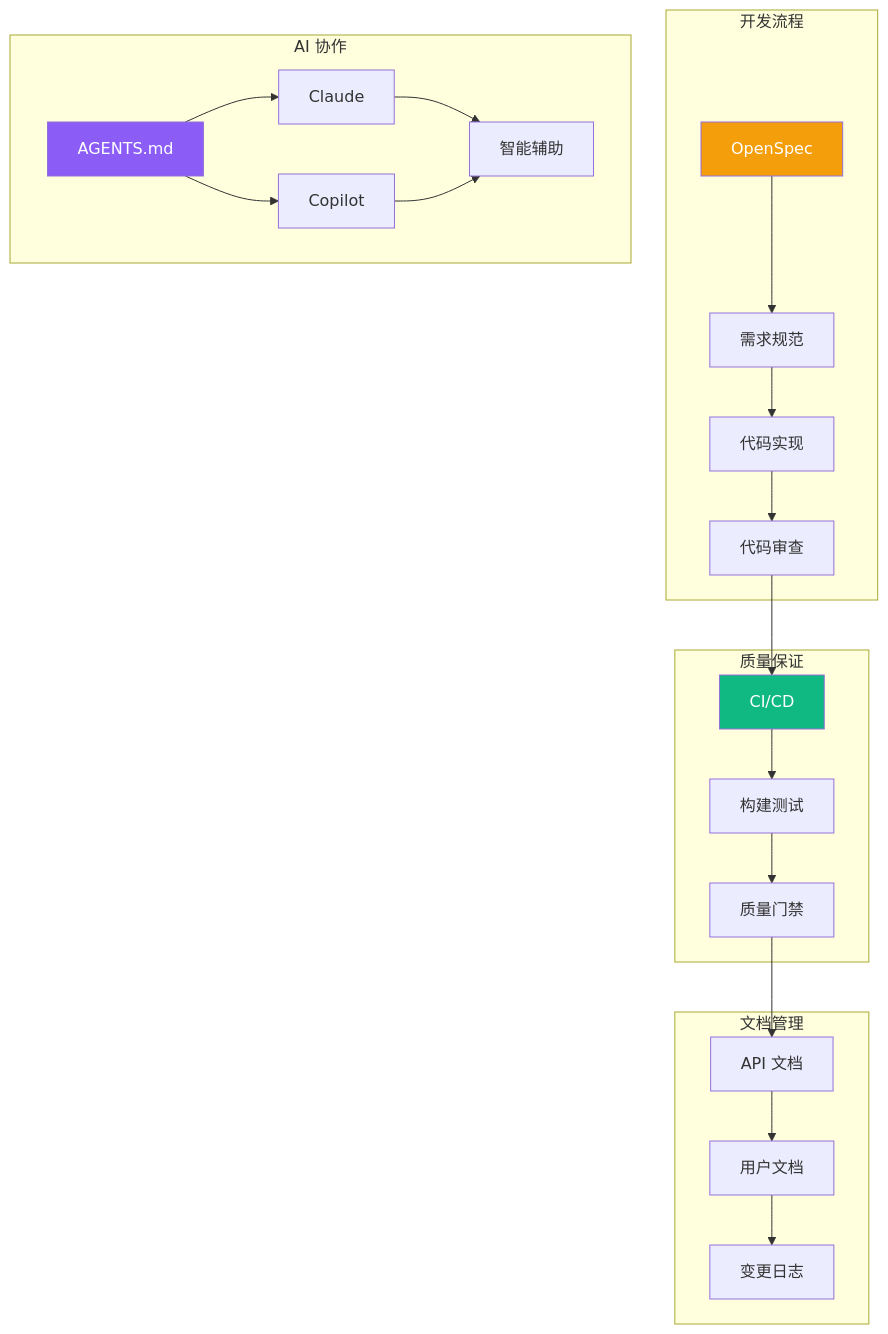
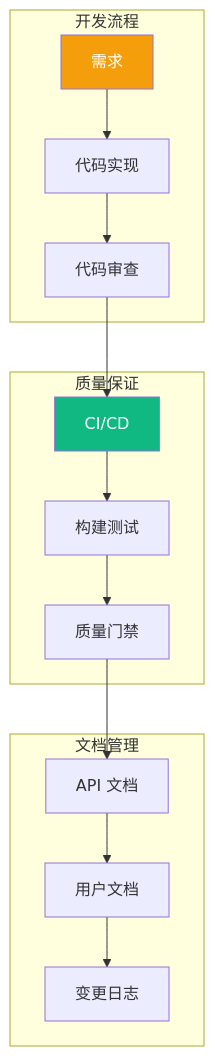
Before and after one commit to build-workbench/utop: the first of 2 diagrams in docs/engineering/index.md, drawn with Mermaid. The commit also changed other lines of this file and 185 other files, not shown here.

````diff
--- a/docs/engineering/index.md
+++ b/docs/engineering/index.md
@@ -7,31 +7,22 @@
 ```mermaid
 graph TB
     subgraph "开发流程"
-        A[OpenSpec] --> B[需求规范]
-        B --> C[代码实现]
-        C --> D[代码审查]
+        A[需求] --> B[代码实现]
+        B --> C[代码审查]
     end
     
     subgraph "质量保证"
-        D --> E[CI/CD]
-        E --> F[构建测试]
-        F --> G[质量门禁]
+        C --> D[CI/CD]
+        D --> E[构建测试]
+        E --> F[质量门禁]
     end
     
     subgraph "文档管理"
-        G --> H[API 文档]
-        H --> I[用户文档]
-        I --> J[变更日志]
-    end
-    
-    subgraph "AI 协作"
-        K[AGENTS.md] --> L[Claude]
-        K --> M[Copilot]
-        L --> N[智能辅助]
-        M --> N
+        F --> G[API 文档]
+        G --> H[用户文档]
+        H --> I[变更日志]
     end
     
     style A fill:#f59e0b,color:#fff
-    style E fill:#10b981,color:#fff
-    style K fill:#8b5cf6,color:#fff
+    style D fill:#10b981,color:#fff
 ```
````
